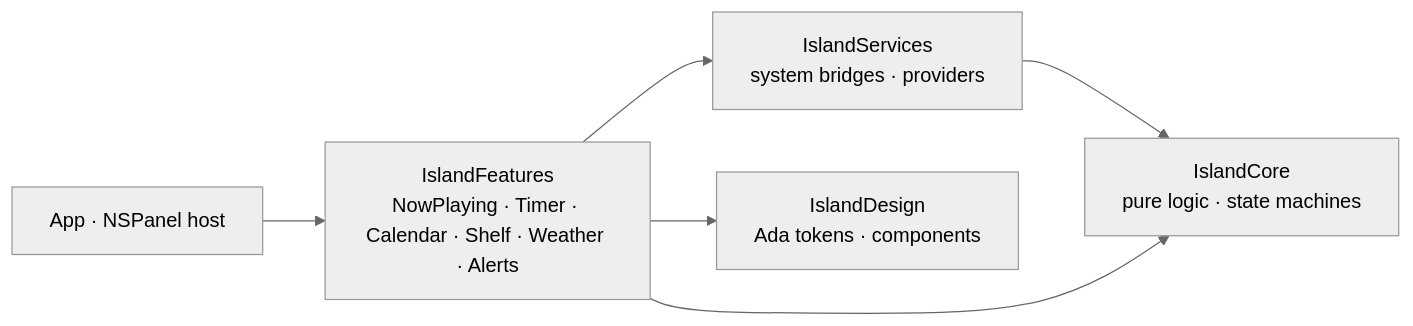
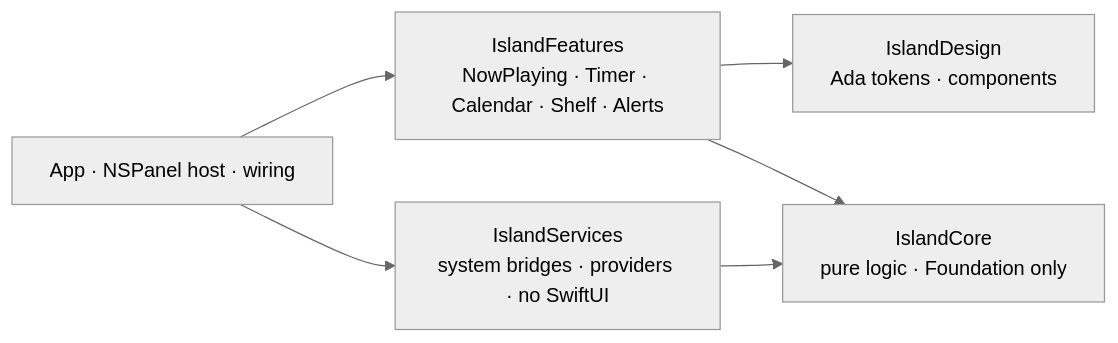
One commit to kutluhangil/Lunula changed the diagram in README.md. Above: the diagram before and after it, drawn with Mermaid (neutral theme). The commit also changed other lines of this file and 3 other files, not shown here.

````diff
--- a/README.md
+++ b/README.md
@@ -58,8 +58,8 @@
 ```mermaid
 flowchart LR
-  APP[App · NSPanel host] --> F[IslandFeatures<br/>NowPlaying · Timer · Calendar · Shelf · Weather · Alerts]
-  F --> S[IslandServices<br/>system bridges · providers]
+  APP[App · NSPanel host · wiring] --> F[IslandFeatures<br/>NowPlaying · Timer · Calendar · Shelf · Alerts]
+  APP --> S[IslandServices<br/>system bridges · providers · no SwiftUI]
   F --> D[IslandDesign<br/>Ada tokens · components]
-  S --> C[IslandCore<br/>pure logic · state machines]
-  F --> C
+  F --> C[IslandCore<br/>pure logic · Foundation only]
+  S --> C
 ```
````
